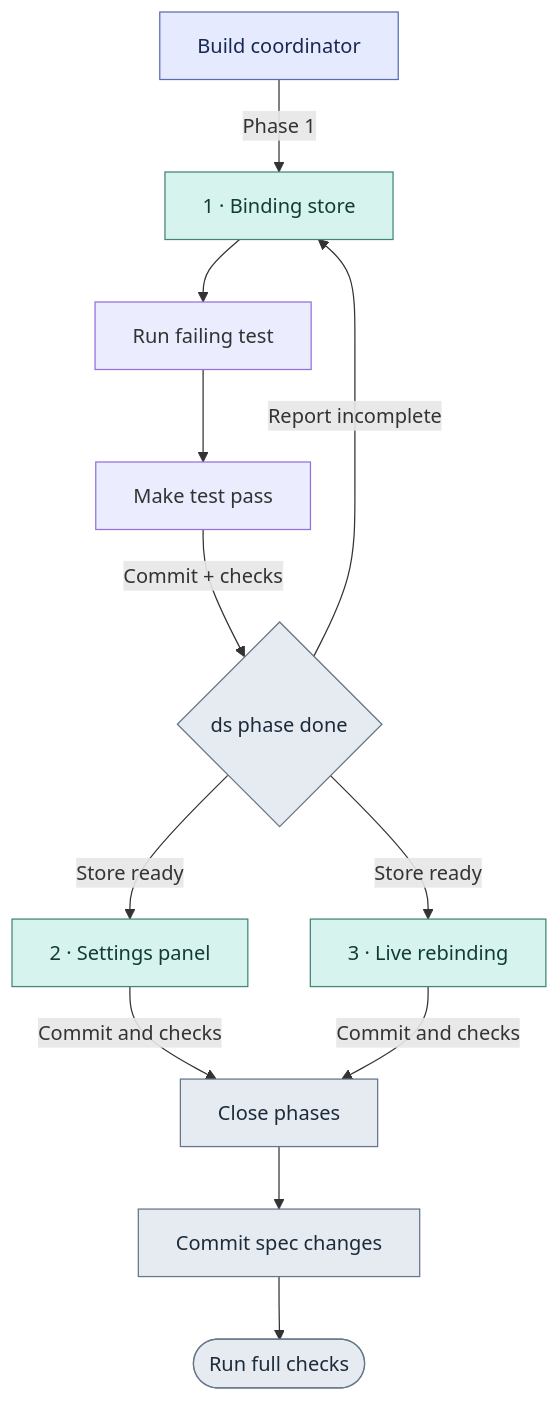
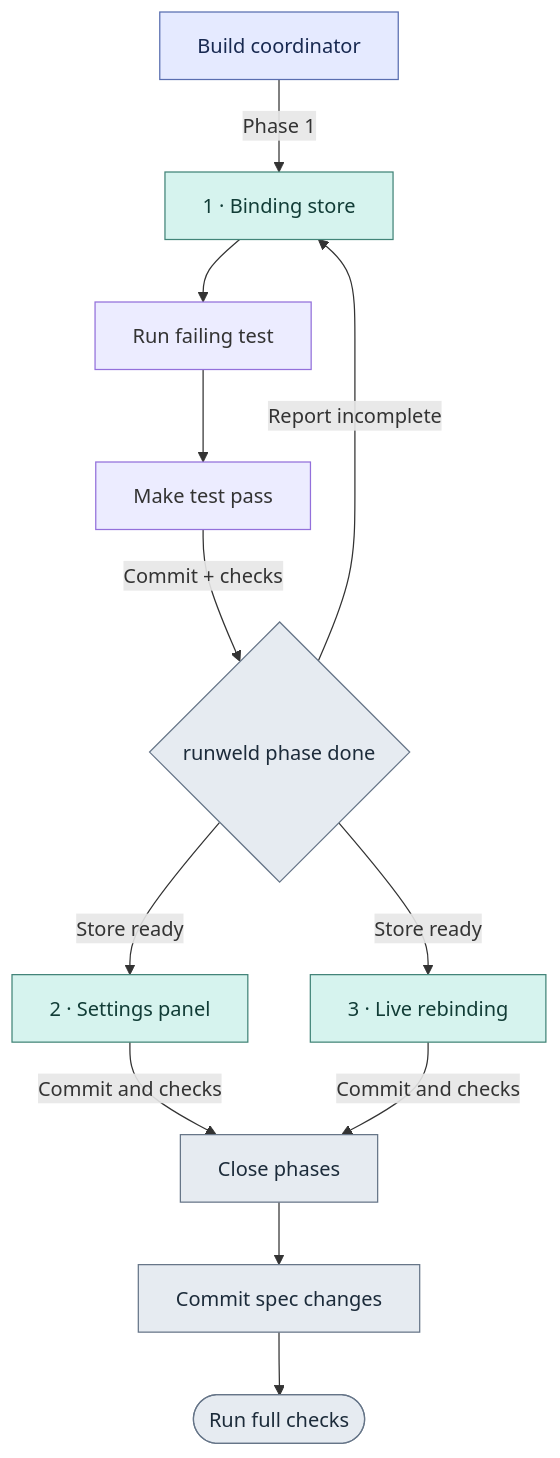
Before and after one commit to bmox0/dev-skills: the fourth of 6 diagrams in README.md, drawn with Mermaid. The commit also changed other lines of this file and 38 other files, not shown here.

Commit message:
feat(cli): rename the workflow CLI and entry skill to runweld

````diff
--- a/README.md
+++ b/README.md
@@ -154,17 +154,17 @@
 ```mermaid
 flowchart TD
     coord["Build coordinator"]:::primary -->|"Phase 1"| store["1 · Binding store"]:::secondary
     store --> red["Run failing test"]
     red --> green["Make test pass"]
-    green -->|"Commit + checks"| ready{"ds phase done"}:::cli
+    green -->|"Commit + checks"| ready{"runweld phase done"}:::cli
     ready -->|"Report incomplete"| store
     ready -->|"Store ready"| panel["2 · Settings panel"]:::secondary
     ready -->|"Store ready"| live["3 · Live rebinding"]:::secondary
     panel -->|"Commit and checks"| complete["Close phases"]:::cli
     live -->|"Commit and checks"| complete
     complete --> spec["Commit spec changes"]:::cli
     spec --> gate(["Run full checks"]):::cli
     classDef primary fill:#e5eaff,stroke:#596eb0,color:#182951
     classDef secondary fill:#d6f3ee,stroke:#428478,color:#113c36
     classDef cli fill:#e6ebf1,stroke:#667588,color:#1c2b3a
 ```
````
